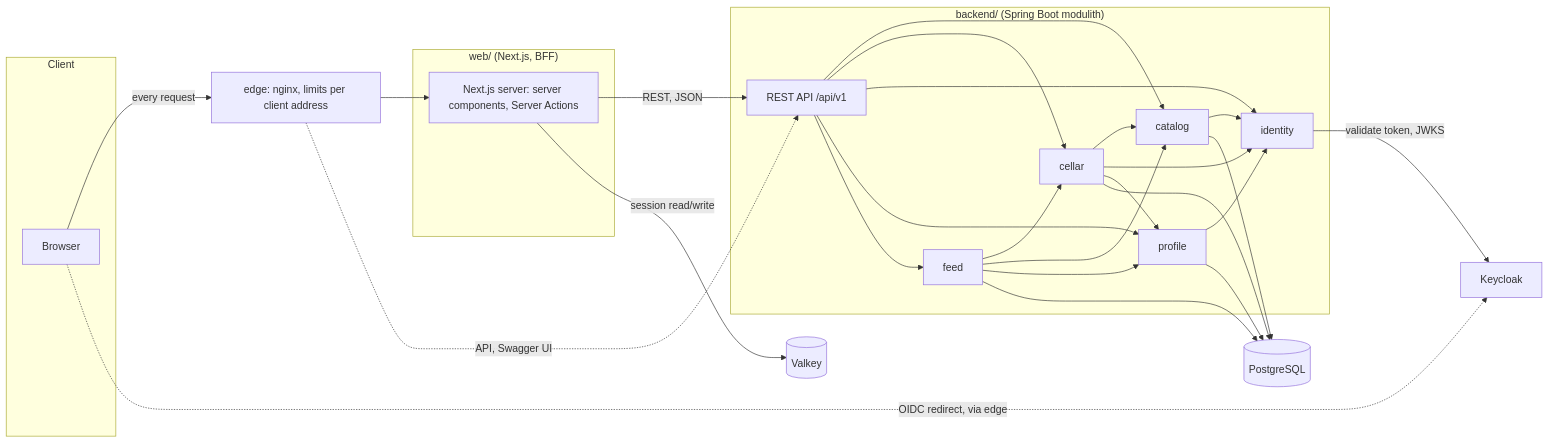
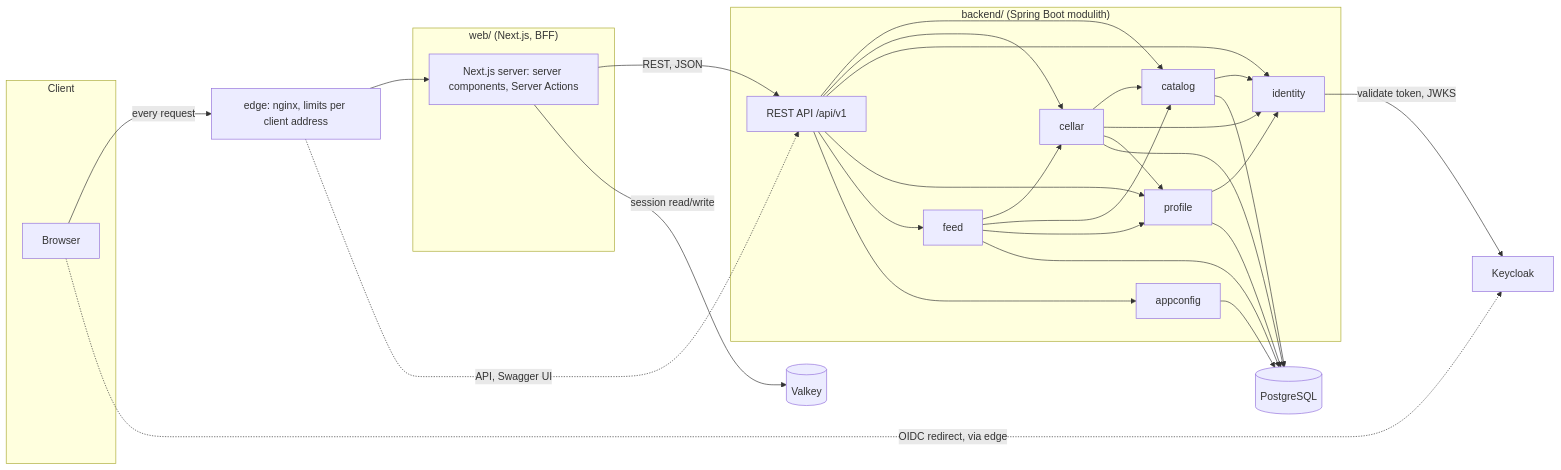
Before and after one commit to MiguelSombrero/kalia: the diagram in docs/architecture.md, drawn with Mermaid. The commit also changed other lines of this file and 25 other files, not shown here.

First line of the commit message:
Add the appconfig module: GET /api/v1/app-config and make app-config

````diff
--- a/docs/architecture.md
+++ b/docs/architecture.md
@@ -66,30 +66,31 @@
 ```mermaid
 flowchart LR
     subgraph Client
         Browser
     end
     subgraph Web["web/ (Next.js, BFF)"]
         NX[Next.js server: server components, Server Actions]
     end
     subgraph Backend["backend/ (Spring Boot modulith)"]
         API[REST API /api/v1]
         CAT[catalog]
         CEL[cellar]
         IDN[identity]
         PROF[profile]
         FED[feed]
+        CFG[appconfig]
     end
     Browser -->|every request| EDGE[edge: nginx, limits per client address]
     EDGE --> NX
     EDGE -.->|API, Swagger UI| API
     NX -->|REST, JSON| API
-    API --> CAT & CEL & IDN & PROF & FED
+    API --> CAT & CEL & IDN & PROF & FED & CFG
     CAT --> IDN
     CEL --> CAT & IDN & PROF
     PROF --> IDN
     FED --> CEL & CAT & PROF
-    CAT & CEL & PROF & FED --> PG[(PostgreSQL)]
+    CAT & CEL & PROF & FED & CFG --> PG[(PostgreSQL)]
     Browser -.->|OIDC redirect, via edge| KC[Keycloak]
     NX -->|session read/write| VK[(Valkey)]
     IDN -->|validate token, JWKS| KC
 ```
````
